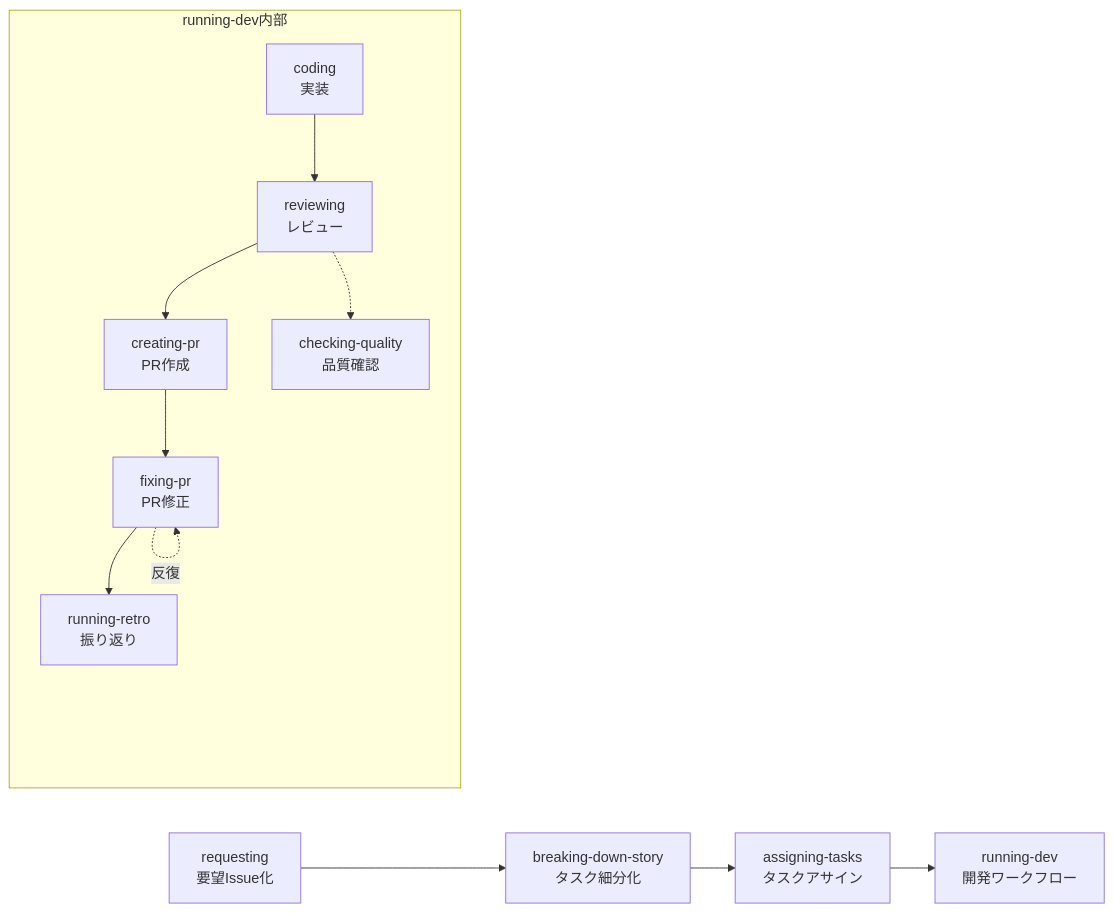
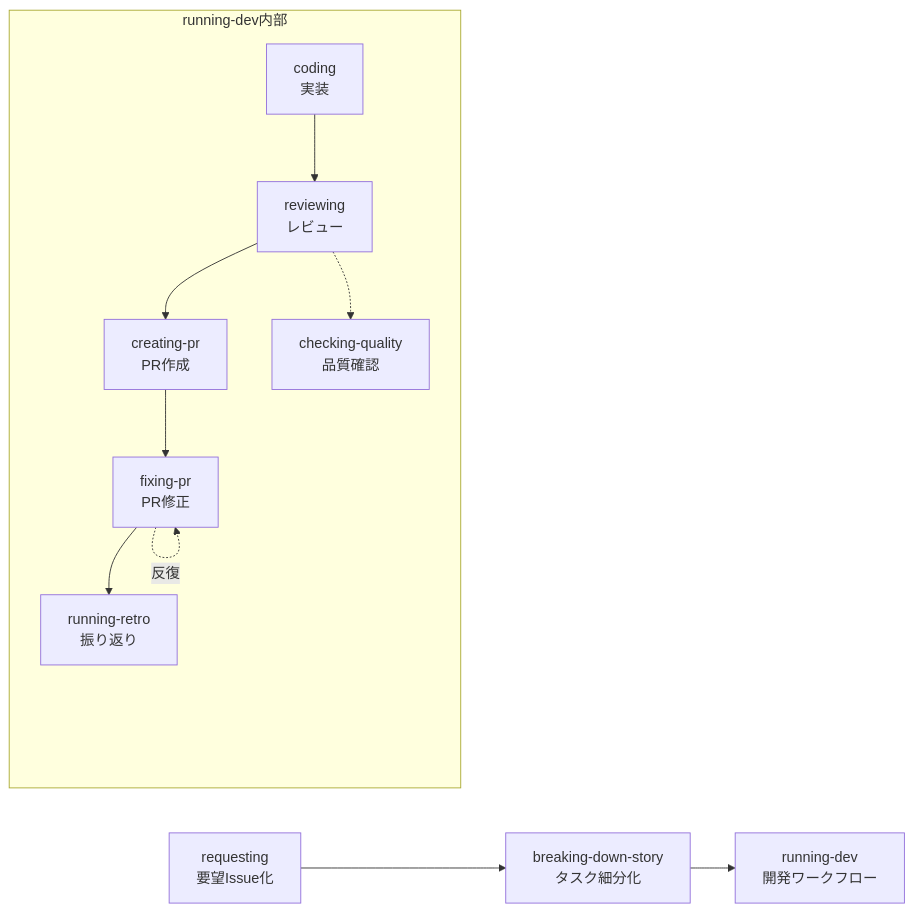
One commit to canpok1/maze-runner changed the second of 3 diagrams in docs/skill-workflow.md. Above: the diagram before and after it, drawn with Mermaid. The commit also changed other lines of this file, not shown here.

````diff
--- a/docs/skill-workflow.md
+++ b/docs/skill-workflow.md
@@ -111,16 +107,15 @@
 ```mermaid
 graph LR
     A[requesting<br/>要望Issue化] --> B[breaking-down-story<br/>タスク細分化]
-    B --> C[assigning-tasks<br/>タスクアサイン]
-    C --> D[running-dev<br/>開発ワークフロー]
+    B --> D[running-dev<br/>開発ワークフロー]
 
     subgraph "running-dev内部"
         D1[coding<br/>実装] --> D2[reviewing<br/>レビュー]
         D2 --> D3[creating-pr<br/>PR作成]
         D3 --> D4[fixing-pr<br/>PR修正]
         D4 --> D5[running-retro<br/>振り返り]
 
         D2 -.-> CQ[checking-quality<br/>品質確認]
         D4 -.反復.-> D4
     end
 ```
````
